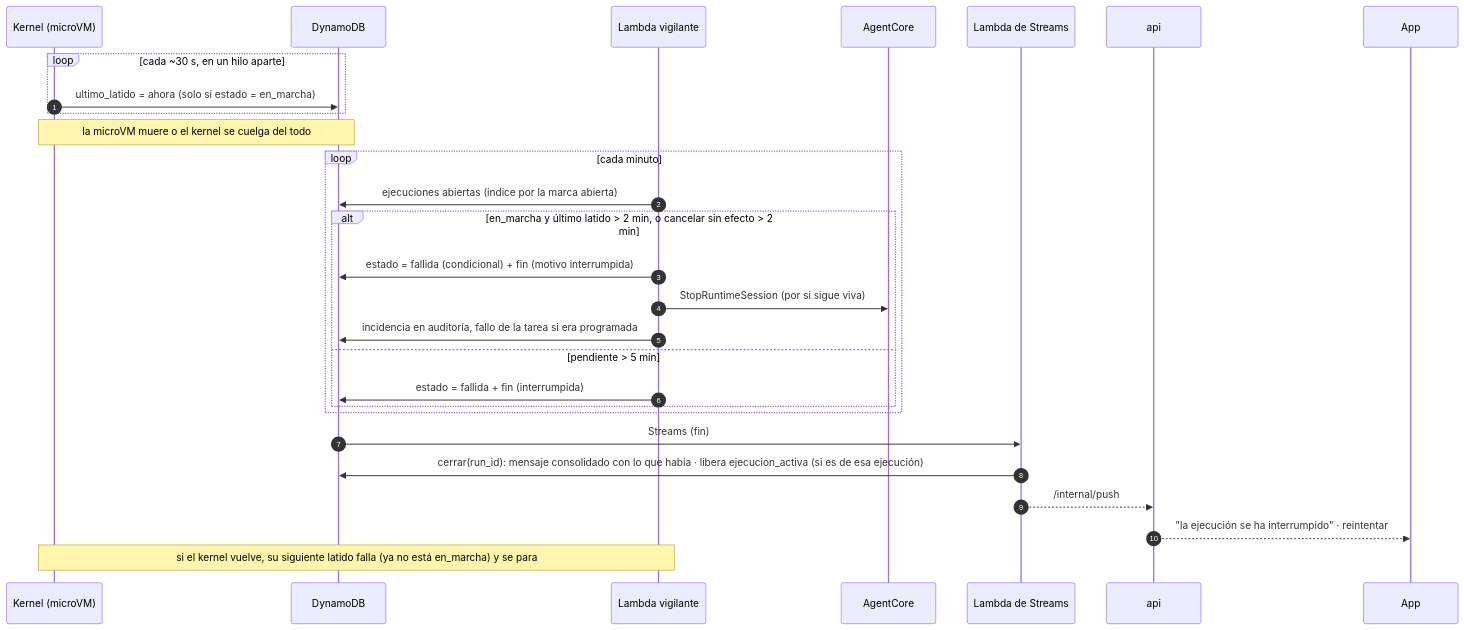
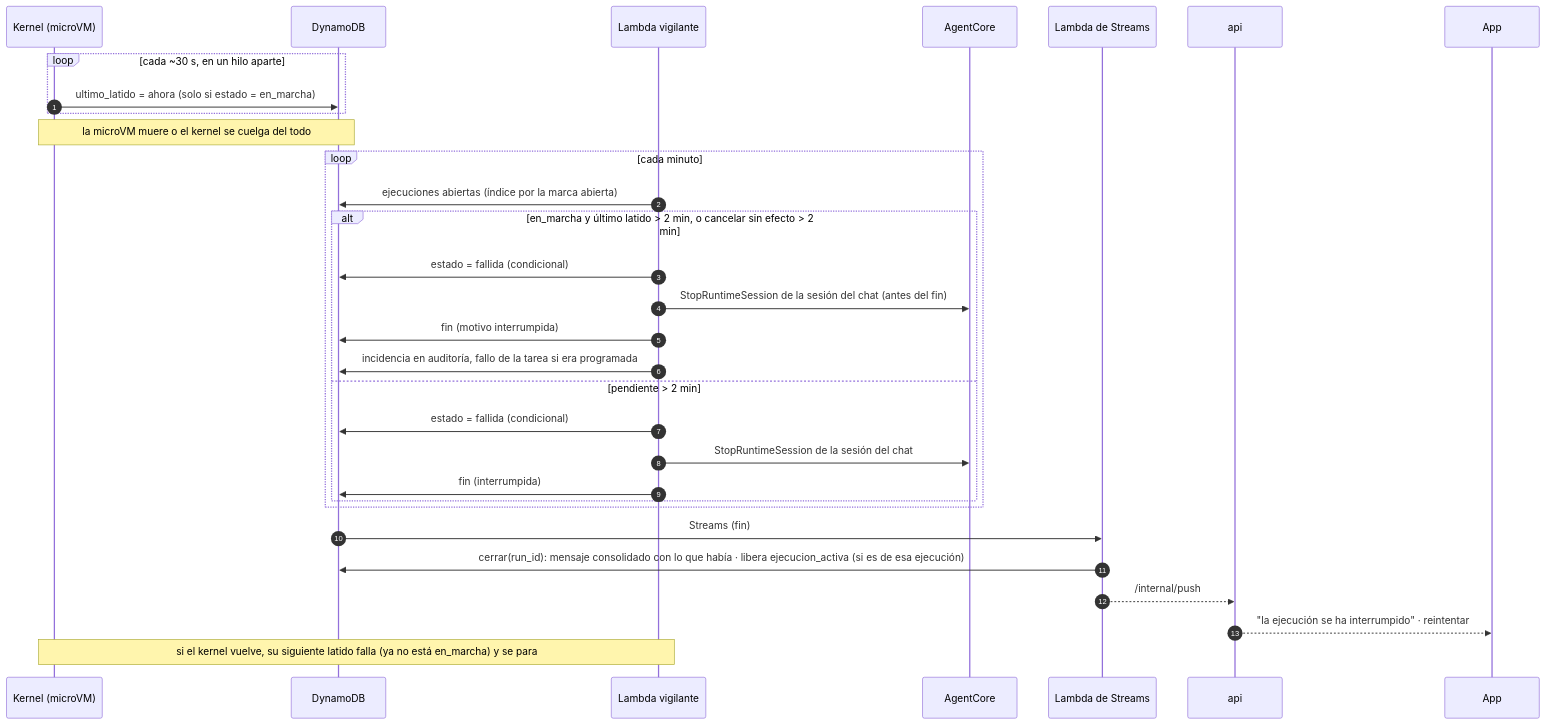
One commit to ikermendi/sample-agent-platform-with-agentcore changed the sixth of 9 diagrams in docs/arquitectura-agentes.md. Above: the diagram before and after it, drawn with Mermaid. The commit also changed other lines of this file and 6 other files, not shown here.

````diff
--- a/docs/arquitectura-agentes.md
+++ b/docs/arquitectura-agentes.md
@@ -639,31 +662,34 @@
 ```mermaid
 sequenceDiagram
   autonumber
   participant K as Kernel (microVM)
   participant D as DynamoDB
   participant V as Lambda vigilante
   participant AC as AgentCore
   participant C as Lambda de Streams
   participant API as api
   participant App as App
 
   loop cada ~30 s, en un hilo aparte
     K->>D: ultimo_latido = ahora (solo si estado = en_marcha)
   end
   Note over K,D: la microVM muere o el kernel se cuelga del todo
   loop cada minuto
     V->>D: ejecuciones abiertas (índice por la marca abierta)
     alt en_marcha y último latido > 2 min, o cancelar sin efecto > 2 min
-      V->>D: estado = fallida (condicional) + fin (motivo interrumpida)
-      V->>AC: StopRuntimeSession (por si sigue viva)
+      V->>D: estado = fallida (condicional)
+      V->>AC: StopRuntimeSession de la sesión del chat (antes del fin)
+      V->>D: fin (motivo interrumpida)
       V->>D: incidencia en auditoría, fallo de la tarea si era programada
-    else pendiente > 5 min
-      V->>D: estado = fallida + fin (interrumpida)
+    else pendiente > 2 min
+      V->>D: estado = fallida (condicional)
+      V->>AC: StopRuntimeSession de la sesión del chat
+      V->>D: fin (interrumpida)
     end
   end
   D->>C: Streams (fin)
   C->>D: cerrar(run_id): mensaje consolidado con lo que había · libera ejecucion_activa (si es de esa ejecución)
   C-->>API: /internal/push
   API-->>App: "la ejecución se ha interrumpido" · reintentar
   Note over K,V: si el kernel vuelve, su siguiente latido falla (ya no está en_marcha) y se para
 ```
````
